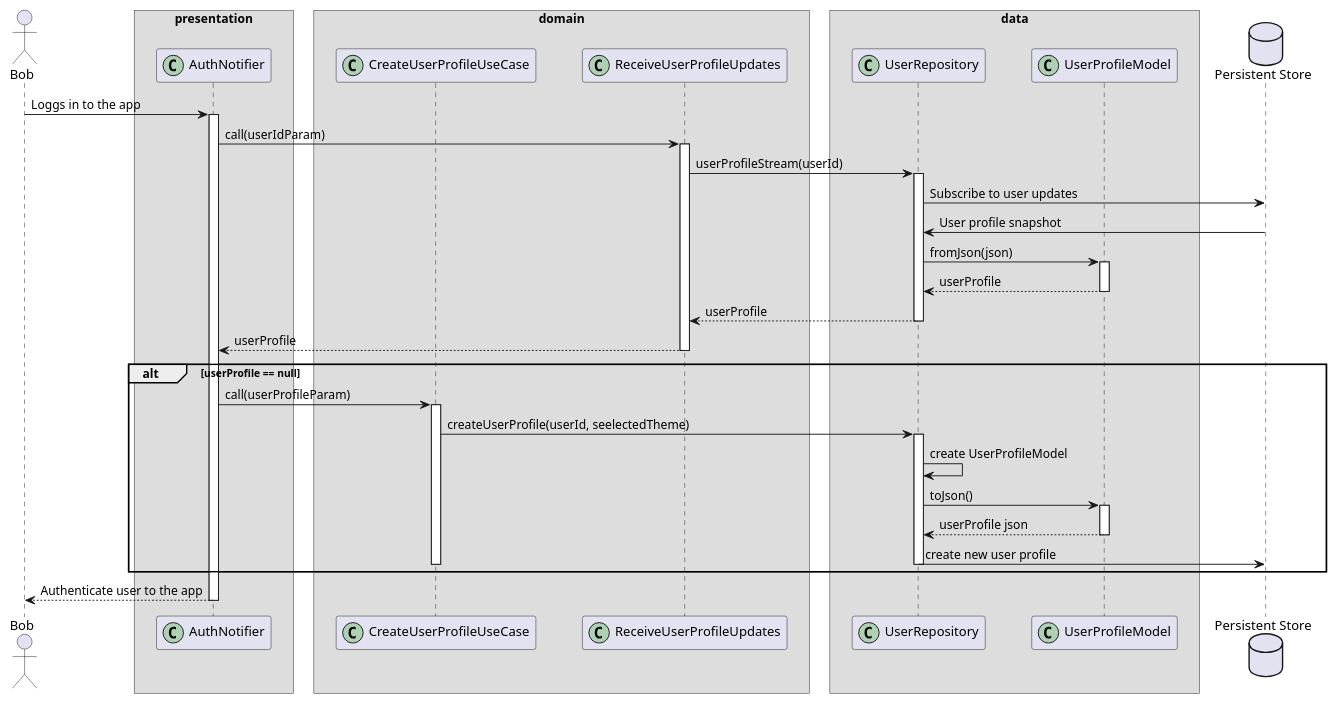
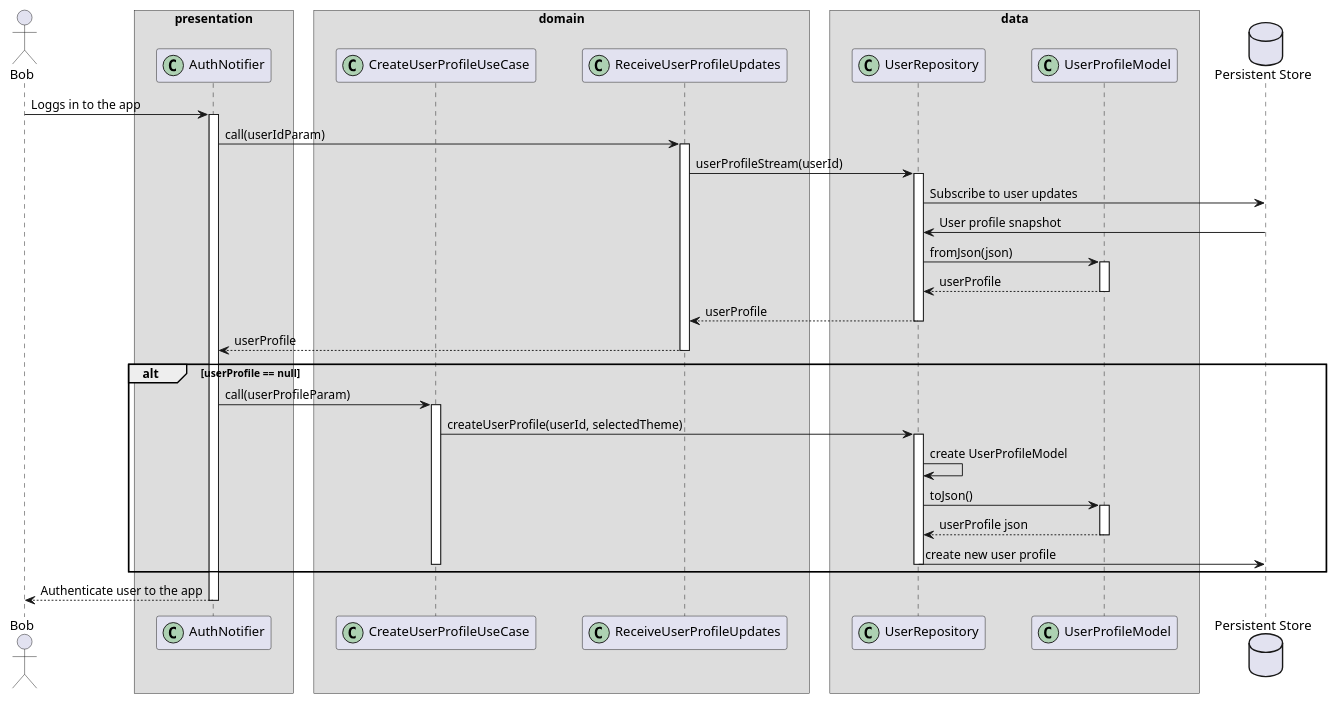
One commit to Flank/flank-dashboard changed the diagram in metrics/web/docs/features/user_profile_theme/diagrams/user_profile_creation_sequence.puml. Above: the diagram before and after it, drawn with PlantUML. The commit also changed 1 other file, not shown here.

```diff
--- a/metrics/web/docs/features/user_profile_theme/diagrams/user_profile_creation_sequence.puml
+++ b/metrics/web/docs/features/user_profile_theme/diagrams/user_profile_creation_sequence.puml
@@ -1,67 +1,67 @@
 @startuml web_layers_sequence_diagram
     skinparam ParticipantPadding 20
     skinparam BoxPadding 10
 
     actor Bob
 
     box "presentation"
         participant AuthNotifier << (C,#ADD1B2) >>
     end box
 
     box "domain"
         participant CreateUserProfileUseCase << (C,#ADD1B2) >>
         participant ReceiveUserProfileUpdates << (C,#ADD1B2) >>
     end box
 
     box "data"
         participant UserRepository << (C,#ADD1B2) >>
         participant UserProfileModel << (C,#ADD1B2) >>
     end box
 
     database "Persistent Store" as PS
 
     Bob -> AuthNotifier : Loggs in to the app
     activate AuthNotifier
 
     AuthNotifier -> ReceiveUserProfileUpdates : call(userIdParam)
     activate ReceiveUserProfileUpdates
 
     ReceiveUserProfileUpdates -> UserRepository : userProfileStream(userId)
     activate UserRepository
 
     UserRepository -> PS : Subscribe to user updates
 
     PS -> UserRepository : User profile snapshot
 
     UserRepository -> UserProfileModel : fromJson(json)
     activate UserProfileModel
 
     return userProfile
     return userProfile
     return userProfile
 
     alt userProfile == null
 
         AuthNotifier -> CreateUserProfileUseCase : call(userProfileParam)
 
         activate CreateUserProfileUseCase
-        CreateUserProfileUseCase -> UserRepository : createUserProfile(userId, seelectedTheme)
+        CreateUserProfileUseCase -> UserRepository : createUserProfile(userId, selectedTheme)
         activate UserRepository
         UserRepository -> UserRepository : create UserProfileModel
         UserRepository -> UserProfileModel : toJson()
         activate UserProfileModel
         return userProfile json
         UserRepository -> PS : create new user profile
         deactivate UserRepository
         deactivate CreateUserProfileUseCase
     end
 
     return Authenticate user to the app
 
 
 
     deactivate UserRepository
     deactivate ReceiveUserProfileUpdates
     deactivate AuthNotifier
 
 @enduml
```
